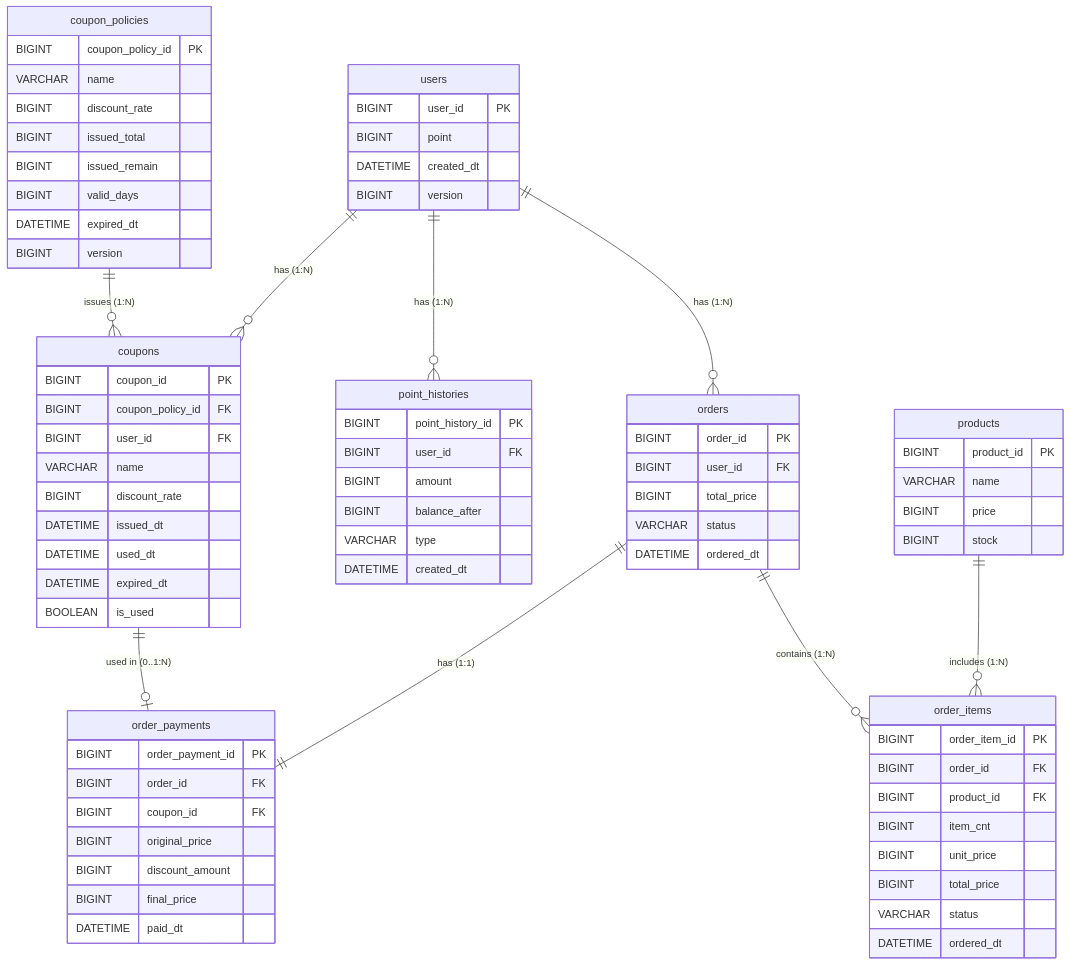
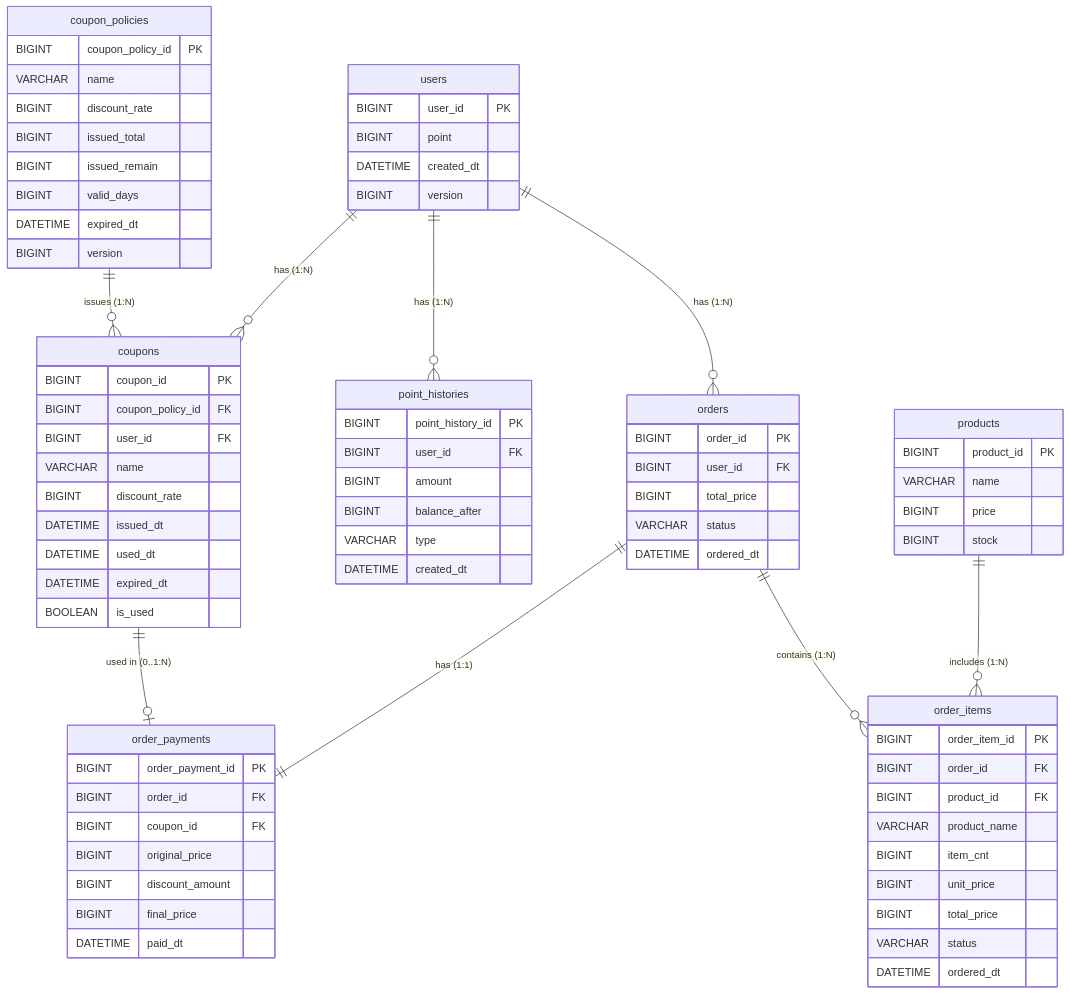
One commit to seoungmin123/e-commerce-server changed the diagram in docs/architecture/3.ERD.mmd. Above: the diagram before and after it, drawn with Mermaid. The commit also changed other lines of this file and 3 other files, not shown here.

```diff
--- a/docs/architecture/3.ERD.mmd
+++ b/docs/architecture/3.ERD.mmd
@@ -1,96 +1,97 @@
 %% 관계 설명
 %% users -- orders           : 사용자 1명은 여러 주문을 할 수 있음 (1:N)
 %% users -- point_histories : 사용자 1명은 여러 포인트 이력을 가질 수 있음 (1:N)
 %% users -- coupon_policies : 사용자 1명은 각 쿠폰 정책당 최대 1개의 쿠폰만 가질 수 있음 (1:1)
 %% users -- coupons : 사용자 1명은 여러 쿠폰을 보유할 수 있지만 쿠폰 정책별로 1개의 쿠폰만 가질 수 있음 (1:N, UNIQUE(user_id, coupon_policy_id))
 %% coupon_policies -- coupons: 쿠폰 정책 1개는 여러 쿠폰을 발급함 (1:N)
 %% orders -- order_items     : 주문 1건에 여러 주문 항목이 포함됨 (1:N)
 %% products -- order_items   : 상품 1개가 여러 주문 항목에 포함될 수 있음 (1:N)
 %% orders -- order_payments  : 주문 1건은 결제 정보 1건과 연결됨 (1:1)
 %% coupons -- order_payments : 쿠폰 1개는 최대 1건의 결제에 사용될 수 있음 (0..1:N)
 
 erDiagram
 
     users ||--o{ orders : "has (1:N)"
     users ||--o{ point_histories : "has (1:N)"
     users ||--o{ coupons : "has (1:N)"
     coupon_policies ||--o{ coupons : "issues (1:N)"
     orders ||--o{ order_items : "contains (1:N)"
     products ||--o{ order_items : "includes (1:N)"
     orders ||--|| order_payments : "has (1:1)"
     coupons ||--o| order_payments : "used in (0..1:N)"
 
     users {
         BIGINT user_id PK
         BIGINT point
         DATETIME created_dt
         BIGINT version
     }
 
     coupon_policies {
         BIGINT coupon_policy_id PK
         VARCHAR name
         BIGINT discount_rate
         BIGINT issued_total
         BIGINT issued_remain
         BIGINT valid_days
         DATETIME expired_dt
         BIGINT version
     }
 
     coupons {
         BIGINT coupon_id PK
         BIGINT coupon_policy_id FK
         BIGINT user_id FK
         VARCHAR name
         BIGINT discount_rate
         DATETIME issued_dt
         DATETIME used_dt
         DATETIME expired_dt
         BOOLEAN is_used
     }
 
     point_histories {
         BIGINT point_history_id PK
         BIGINT user_id FK
         BIGINT amount
         BIGINT balance_after
         VARCHAR type
         DATETIME created_dt
     }
 
     products {
         BIGINT product_id PK
         VARCHAR name
         BIGINT price
         BIGINT stock
     }
 
     orders {
         BIGINT order_id PK
         BIGINT user_id FK
         BIGINT total_price
         VARCHAR status
         DATETIME ordered_dt
     }
 
     order_items {
         BIGINT order_item_id PK
         BIGINT order_id FK
         BIGINT product_id FK
+        VARCHAR product_name
         BIGINT item_cnt
         BIGINT unit_price
         BIGINT total_price
         VARCHAR status
         DATETIME ordered_dt
     }
 
     order_payments {
         BIGINT order_payment_id PK
         BIGINT order_id FK
         BIGINT coupon_id FK
         BIGINT original_price
         BIGINT discount_amount
         BIGINT final_price
         DATETIME paid_dt
     }
```
